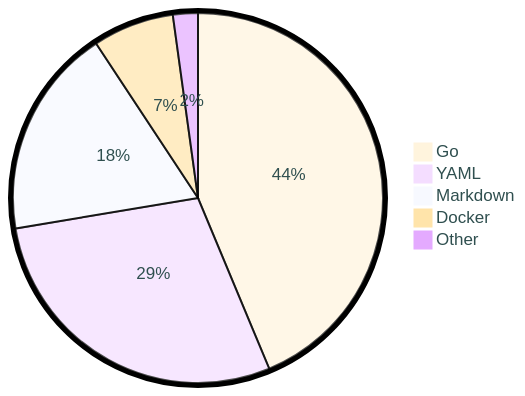
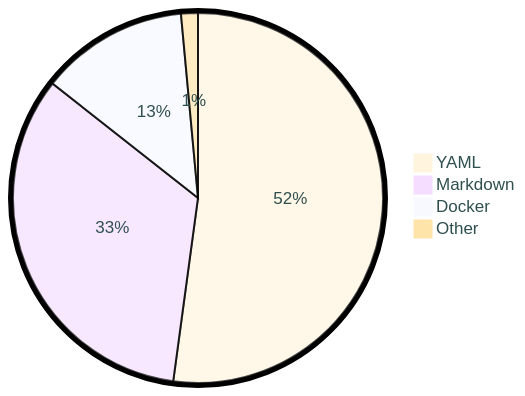
Before and after one commit to tot0p/tot0p: the diagram in README.md, drawn with Mermaid. The commit also changed other lines of this file, not shown here.

````diff
--- a/README.md
+++ b/README.md
@@ -73,9 +73,8 @@
 ```mermaid
 %%{init: {"pie": {"textPosition": 0.5}, "themeVariables": {"pieOuterStrokeWidth": "5px","primaryTextColor" : "#2F4F4F"},"theme":"base"} }%%
 pie
-	"Go": 43.71
-	"YAML": 28.65
-	"Markdown": 18.36
-	"Docker": 7.1
-	"Other": 2.1799999999999997
+	"YAML": 52.14
+	"Markdown": 33.47
+	"Docker": 12.92
+	"Other": 1.4700000000000002
 ```
````
